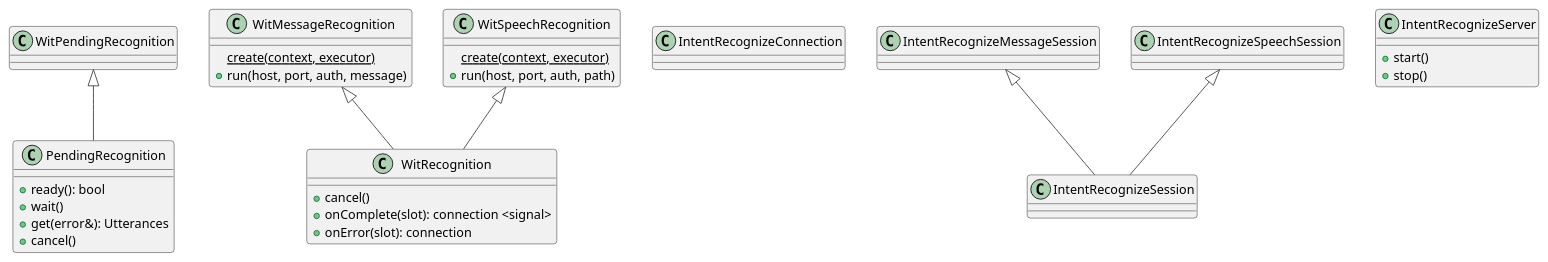
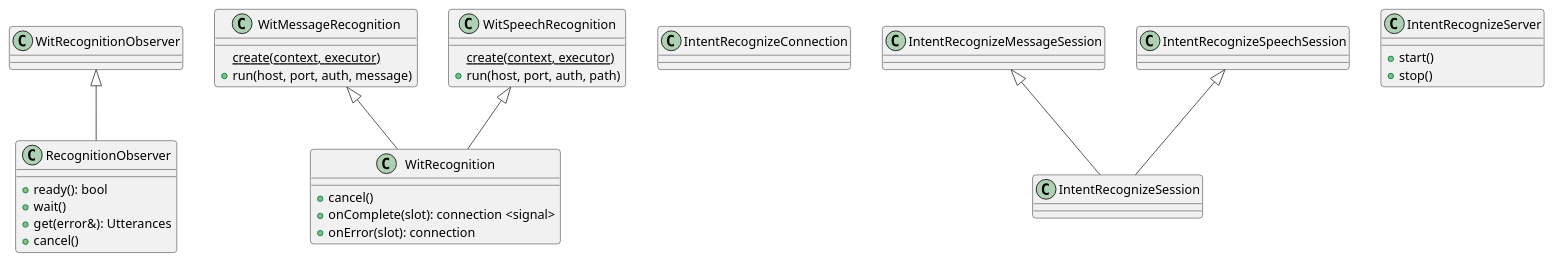
Before and after one commit to denoming/rintento: the diagram in src/intent/doc/intent.md, drawn with PlantUML. The commit also changed 9 other files, not shown here.

Commit message:
rename pending recognition class

````diff
--- a/src/intent/doc/intent.md
+++ b/src/intent/doc/intent.md
@@ -4,45 +4,45 @@
 ```plantuml
 @startuml
 !theme vibrant
 
-class PendingRecognition {
+class RecognitionObserver {
     +ready(): bool
     +wait()
     +get(error&): Utterances
     +cancel()
 }
 
-WitPendingRecognition <|-- PendingRecognition
+WitRecognitionObserver <|-- RecognitionObserver
 
 class WitMessageRecognition {
     {static} create(context, executor)
     +run(host, port, auth, message)
 }
 
 class WitSpeechRecognition {
     {static} create(context, executor)
     +run(host, port, auth, path)
 }
 
 class WitRecognition {
     +cancel()
     +onComplete(slot): connection <signal>
     +onError(slot): connection
 }
 
 WitMessageRecognition <|-- WitRecognition
 WitSpeechRecognition <|-- WitRecognition
 
 class IntentRecognizeConnection
 class IntentRecognizeSession
 
 IntentRecognizeMessageSession <|-- IntentRecognizeSession
 IntentRecognizeSpeechSession <|-- IntentRecognizeSession
 
 class IntentRecognizeServer {
     +start()
     +stop()
 }
 
 @enduml
 ```
````
